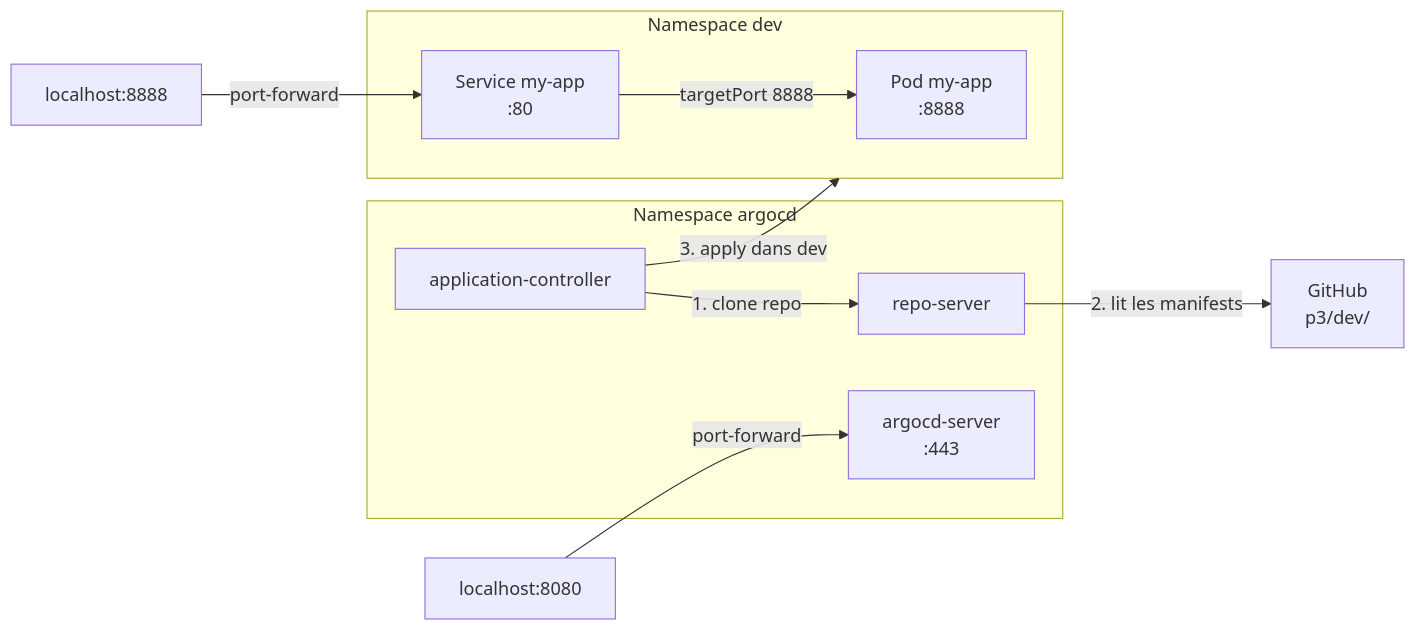
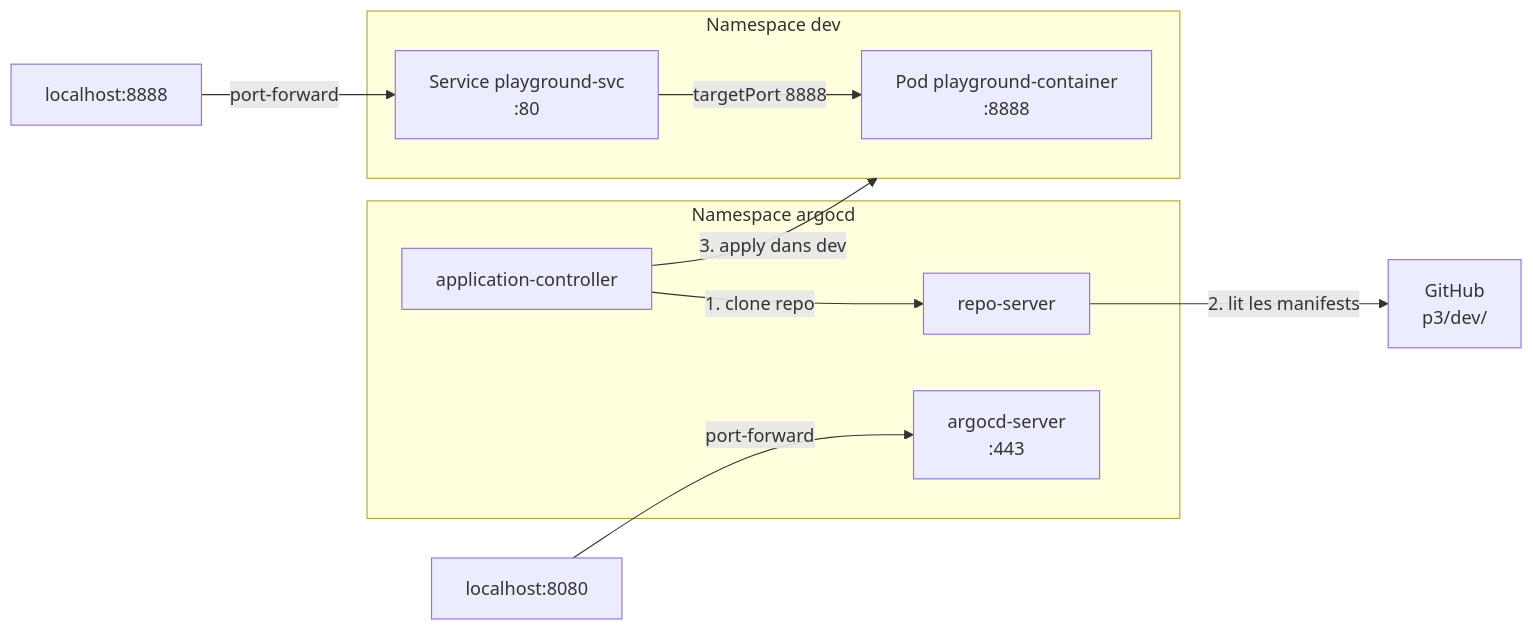
One commit to mlanglois26/42_inception_of_things changed the first of 4 diagrams in p3/README.md. Above: the diagram before and after it, drawn with Mermaid. The commit also changed other lines of this file and 3 other files, not shown here.

````diff
--- a/p3/README.md
+++ b/p3/README.md
@@ -17,23 +17,23 @@
 ```mermaid
 graph LR
     GitHub["GitHub\np3/dev/"]
 
     subgraph ns_argocd ["Namespace argocd"]
         controller["application-controller"]
         repo["repo-server"]
         server["argocd-server\n:443"]
     end
 
     subgraph ns_dev ["Namespace dev"]
-        pod["Pod my-app\n:8888"]
-        svc["Service my-app\n:80"]
+        pod["Pod playground-container\n:8888"]
+        svc["Service playground-svc\n:80"]
     end
 
     controller -->|"1. clone repo"| repo
     repo -->|"2. lit les manifests"| GitHub
     controller -->|"3. apply dans dev"| ns_dev
     svc -->|"targetPort 8888"| pod
 
     localhost8080["localhost:8080"] -->|"port-forward"| server
     localhost8888["localhost:8888"] -->|"port-forward"| svc
 ```
````
